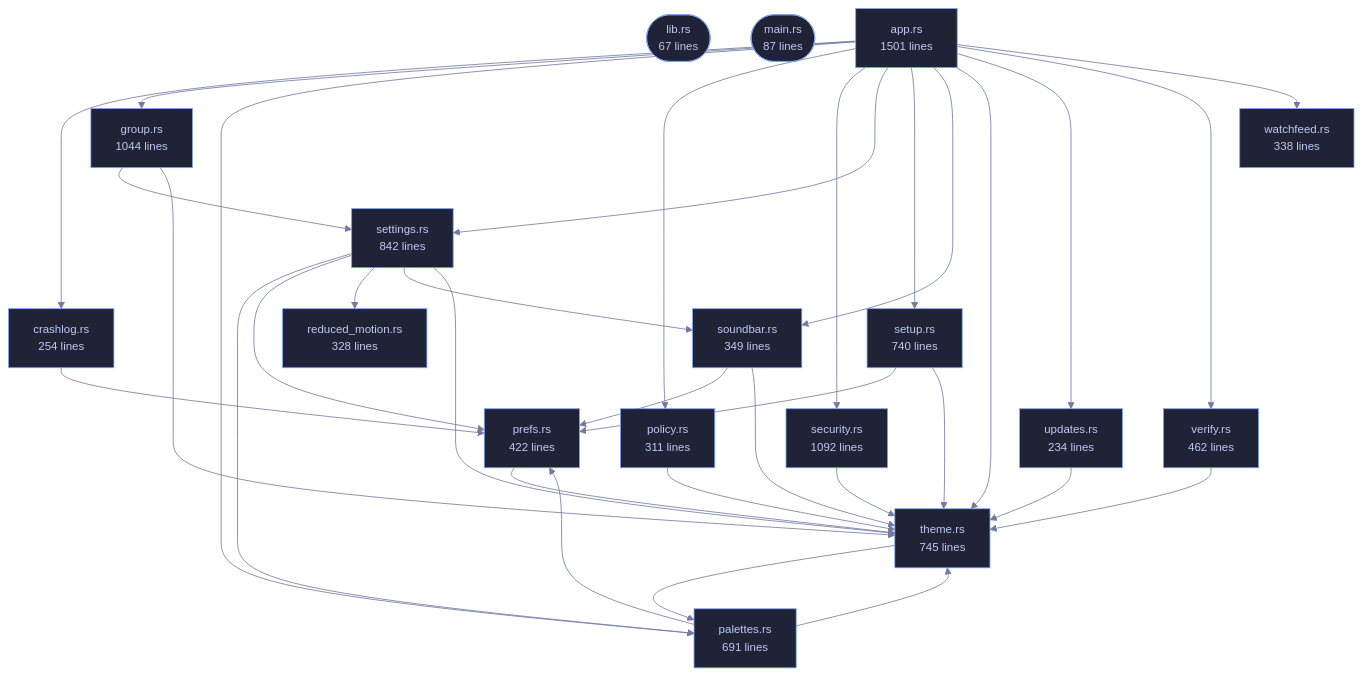
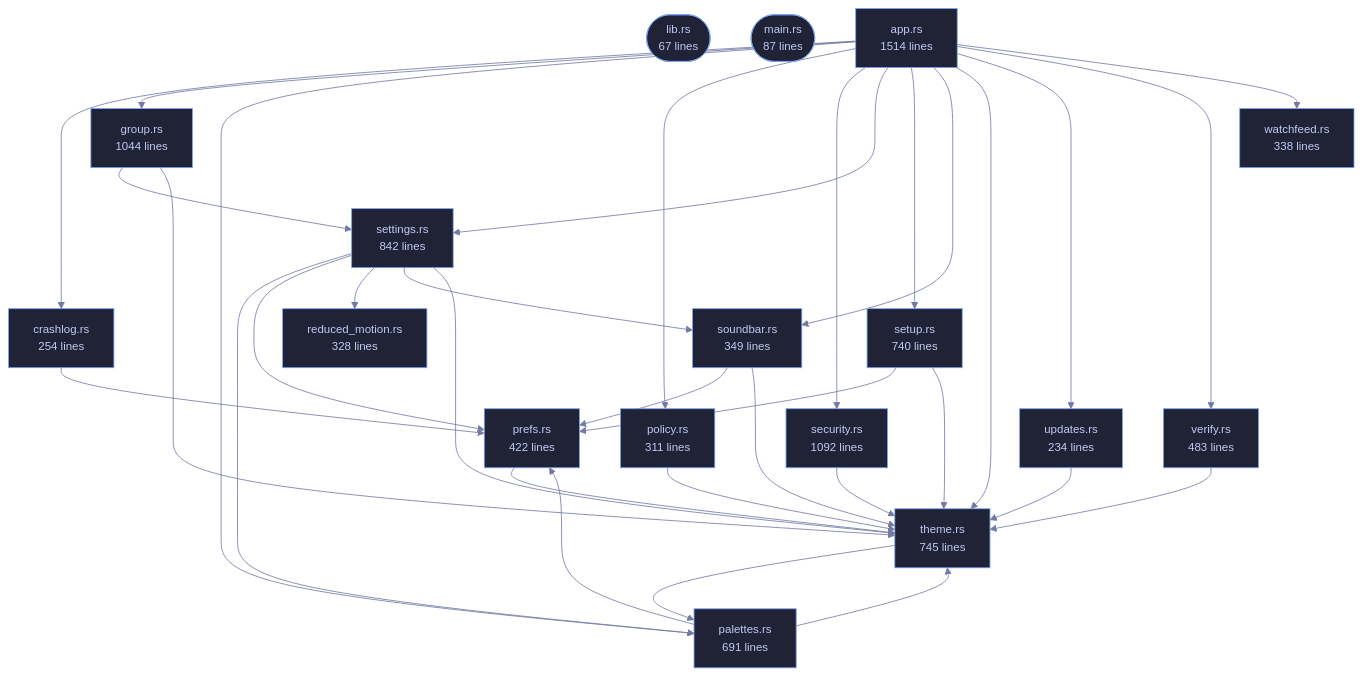
One commit to tilas01/veilvoice changed the diagram in crates/veilvoice-gui/README.md. Above: the diagram before and after it, drawn with Mermaid. The commit also changed other lines of this file and 25 other files, not shown here.

````diff
--- a/crates/veilvoice-gui/README.md
+++ b/crates/veilvoice-gui/README.md
@@ -81,70 +81,70 @@
 ```mermaid
 %%{init: {"theme":"base","themeVariables":{"background":"#1a1b26","primaryColor":"#1f2335","primaryTextColor":"#c0caf5","primaryBorderColor":"#7aa2f7","secondaryColor":"#16161e","tertiaryColor":"#16161e","lineColor":"#737aa2","textColor":"#c0caf5","mainBkg":"#1f2335","nodeBorder":"#7aa2f7","clusterBkg":"#16161e","clusterBorder":"#2f3549","fontFamily":"ui-monospace, SFMono-Regular, Consolas, monospace","fontSize":"14px"}}}%%
 flowchart TD
     n_lib(["lib.rs<br/>67 lines"])
     n_main(["main.rs<br/>87 lines"])
-    n_app["app.rs<br/>1501 lines"]
+    n_app["app.rs<br/>1514 lines"]
     n_crashlog["crashlog.rs<br/>254 lines"]
     n_group["group.rs<br/>1044 lines"]
     n_palettes["palettes.rs<br/>691 lines"]
     n_policy["policy.rs<br/>311 lines"]
     n_prefs["prefs.rs<br/>422 lines"]
     n_reduced_motion["reduced_motion.rs<br/>328 lines"]
     n_security["security.rs<br/>1092 lines"]
     n_settings["settings.rs<br/>842 lines"]
     n_setup["setup.rs<br/>740 lines"]
     n_soundbar["soundbar.rs<br/>349 lines"]
     n_theme["theme.rs<br/>745 lines"]
     n_updates["updates.rs<br/>234 lines"]
-    n_verify["verify.rs<br/>462 lines"]
+    n_verify["verify.rs<br/>483 lines"]
     n_watchfeed["watchfeed.rs<br/>338 lines"]
     n_app --> n_crashlog
     n_app --> n_group
     n_app --> n_palettes
     n_app --> n_policy
     n_app --> n_security
     n_app --> n_settings
     n_app --> n_setup
     n_app --> n_soundbar
     n_app --> n_theme
     n_app --> n_updates
     n_app --> n_verify
     n_app --> n_watchfeed
     n_crashlog --> n_prefs
     n_group --> n_settings
     n_group --> n_theme
     n_palettes --> n_prefs
     n_palettes --> n_theme
     n_policy --> n_theme
     n_prefs --> n_theme
     n_security --> n_theme
     n_settings --> n_palettes
     n_settings --> n_prefs
     n_settings --> n_reduced_motion
     n_settings --> n_soundbar
     n_settings --> n_theme
     n_setup --> n_prefs
     n_setup --> n_theme
     n_soundbar --> n_prefs
     n_soundbar --> n_theme
     n_theme --> n_palettes
     n_updates --> n_theme
     n_verify --> n_theme
     click n_lib href "https://github.com/tilas01/veilvoice/blob/main/crates/veilvoice-gui/src/lib.rs" "open the source"
     click n_main href "https://github.com/tilas01/veilvoice/blob/main/crates/veilvoice-gui/src/main.rs" "open the source"
     click n_app href "https://github.com/tilas01/veilvoice/blob/main/crates/veilvoice-gui/src/app.rs" "open the source"
     click n_crashlog href "https://github.com/tilas01/veilvoice/blob/main/crates/veilvoice-gui/src/crashlog.rs" "open the source"
     click n_group href "https://github.com/tilas01/veilvoice/blob/main/crates/veilvoice-gui/src/group.rs" "open the source"
     click n_palettes href "https://github.com/tilas01/veilvoice/blob/main/crates/veilvoice-gui/src/palettes.rs" "open the source"
     click n_policy href "https://github.com/tilas01/veilvoice/blob/main/crates/veilvoice-gui/src/policy.rs" "open the source"
     click n_prefs href "https://github.com/tilas01/veilvoice/blob/main/crates/veilvoice-gui/src/prefs.rs" "open the source"
     click n_reduced_motion href "https://github.com/tilas01/veilvoice/blob/main/crates/veilvoice-gui/src/reduced_motion.rs" "open the source"
     click n_security href "https://github.com/tilas01/veilvoice/blob/main/crates/veilvoice-gui/src/security.rs" "open the source"
     click n_settings href "https://github.com/tilas01/veilvoice/blob/main/crates/veilvoice-gui/src/settings.rs" "open the source"
     click n_setup href "https://github.com/tilas01/veilvoice/blob/main/crates/veilvoice-gui/src/setup.rs" "open the source"
     click n_soundbar href "https://github.com/tilas01/veilvoice/blob/main/crates/veilvoice-gui/src/soundbar.rs" "open the source"
     click n_theme href "https://github.com/tilas01/veilvoice/blob/main/crates/veilvoice-gui/src/theme.rs" "open the source"
     click n_updates href "https://github.com/tilas01/veilvoice/blob/main/crates/veilvoice-gui/src/updates.rs" "open the source"
     click n_verify href "https://github.com/tilas01/veilvoice/blob/main/crates/veilvoice-gui/src/verify.rs" "open the source"
     click n_watchfeed href "https://github.com/tilas01/veilvoice/blob/main/crates/veilvoice-gui/src/watchfeed.rs" "open the source"
 ```
````
